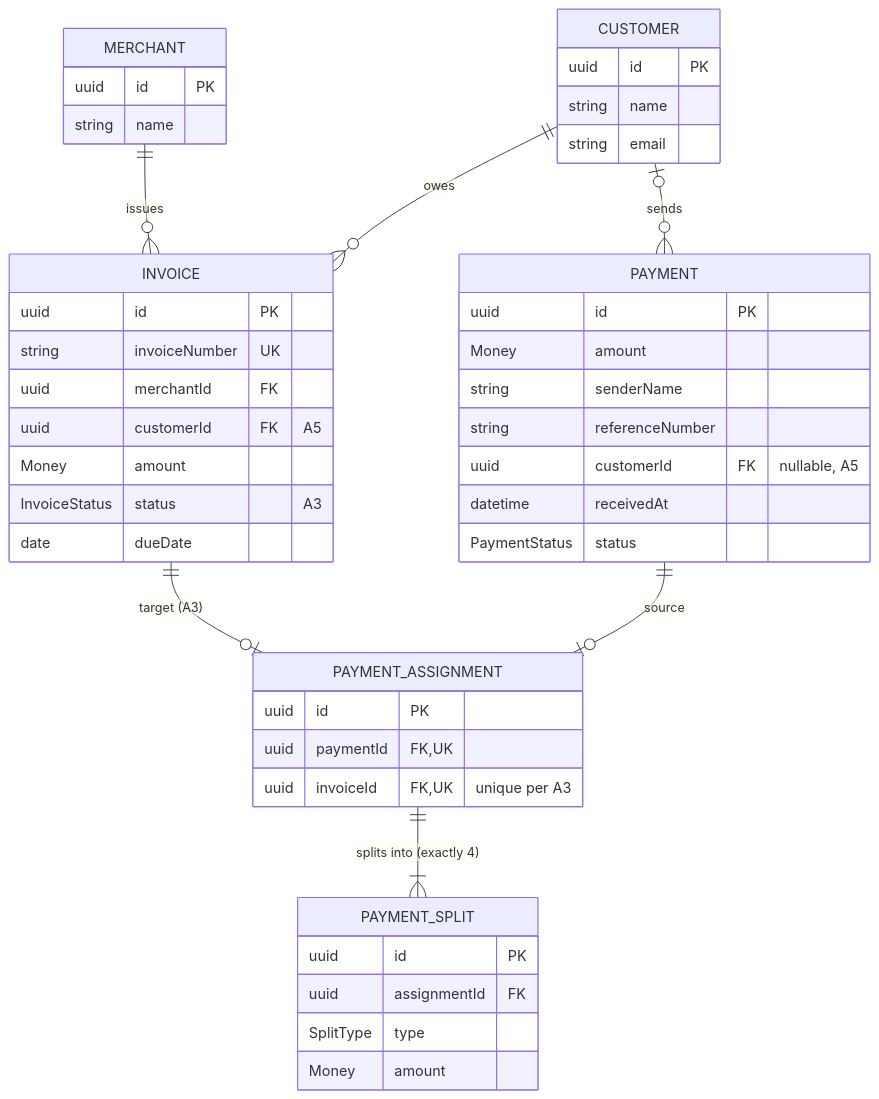
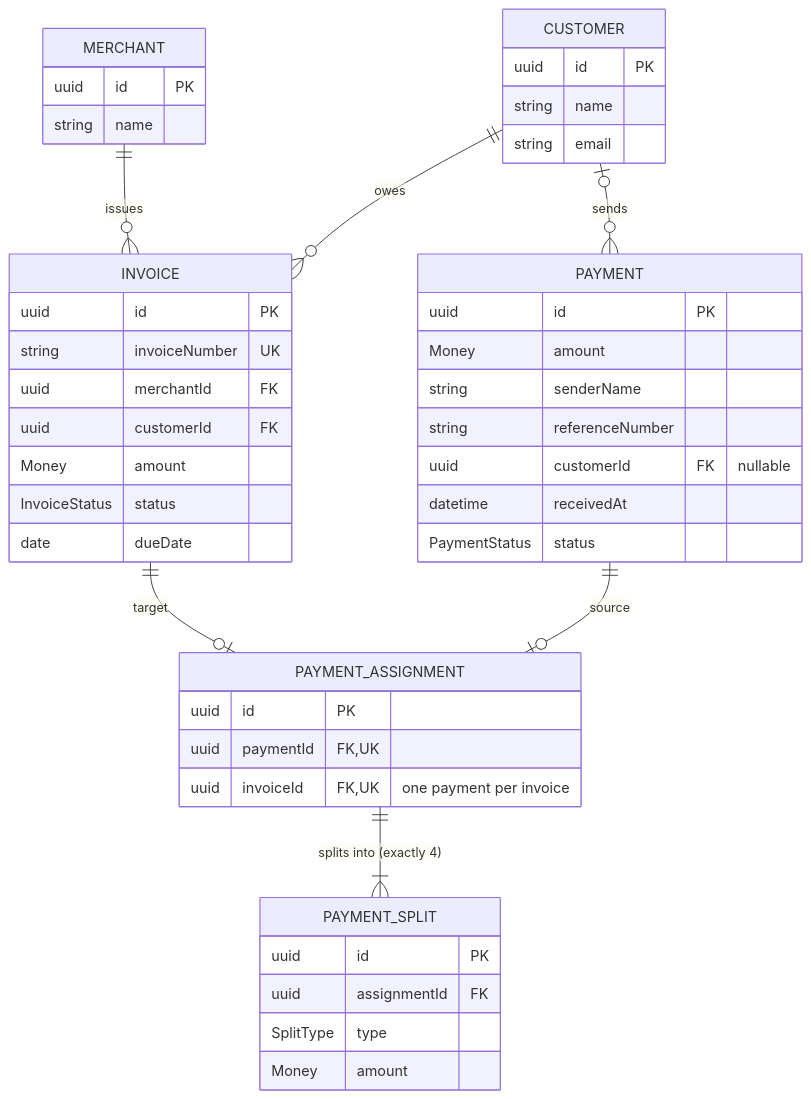
The diagram in docs/data-model.md (adrian-hanusch/coding_challenge), drawn with Mermaid before and after one commit. The commit also changed other lines of this file and 5 other files, not shown here.

````diff
--- a/docs/data-model.md
+++ b/docs/data-model.md
@@ -7,48 +7,48 @@
 ```mermaid
 erDiagram
     MERCHANT ||--o{ INVOICE : issues
     CUSTOMER ||--o{ INVOICE : owes
     CUSTOMER |o--o{ PAYMENT : sends
-    INVOICE ||--o| PAYMENT_ASSIGNMENT : "target (A3)"
+    INVOICE ||--o| PAYMENT_ASSIGNMENT : target
     PAYMENT ||--o| PAYMENT_ASSIGNMENT : source
     PAYMENT_ASSIGNMENT ||--|{ PAYMENT_SPLIT : "splits into (exactly 4)"
 
     MERCHANT {
         uuid id PK
         string name
     }
     CUSTOMER {
         uuid id PK
         string name
         string email
     }
     INVOICE {
         uuid id PK
         string invoiceNumber UK
         uuid merchantId FK
-        uuid customerId FK "A5"
+        uuid customerId FK
         Money amount
-        InvoiceStatus status "A3"
+        InvoiceStatus status
         date dueDate
     }
     PAYMENT {
         uuid id PK
         Money amount
         string senderName
         string referenceNumber
-        uuid customerId FK "nullable, A5"
+        uuid customerId FK "nullable"
         datetime receivedAt
         PaymentStatus status
     }
     PAYMENT_ASSIGNMENT {
         uuid id PK
         uuid paymentId FK, UK
-        uuid invoiceId FK, UK "unique per A3"
+        uuid invoiceId FK, UK "one payment per invoice"
     }
     PAYMENT_SPLIT {
         uuid id PK
         uuid assignmentId FK
         SplitType type
         Money amount
     }
 ```
````
